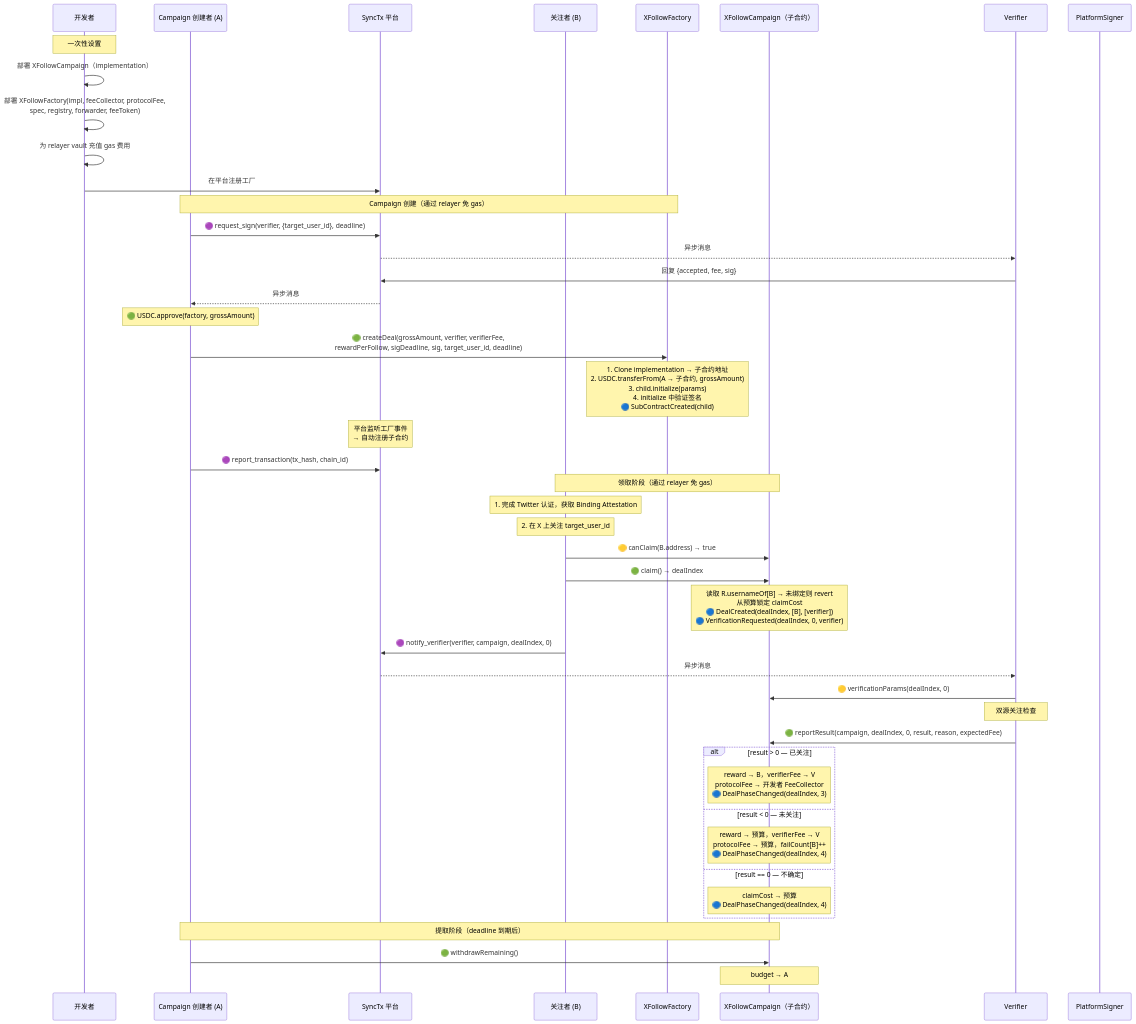
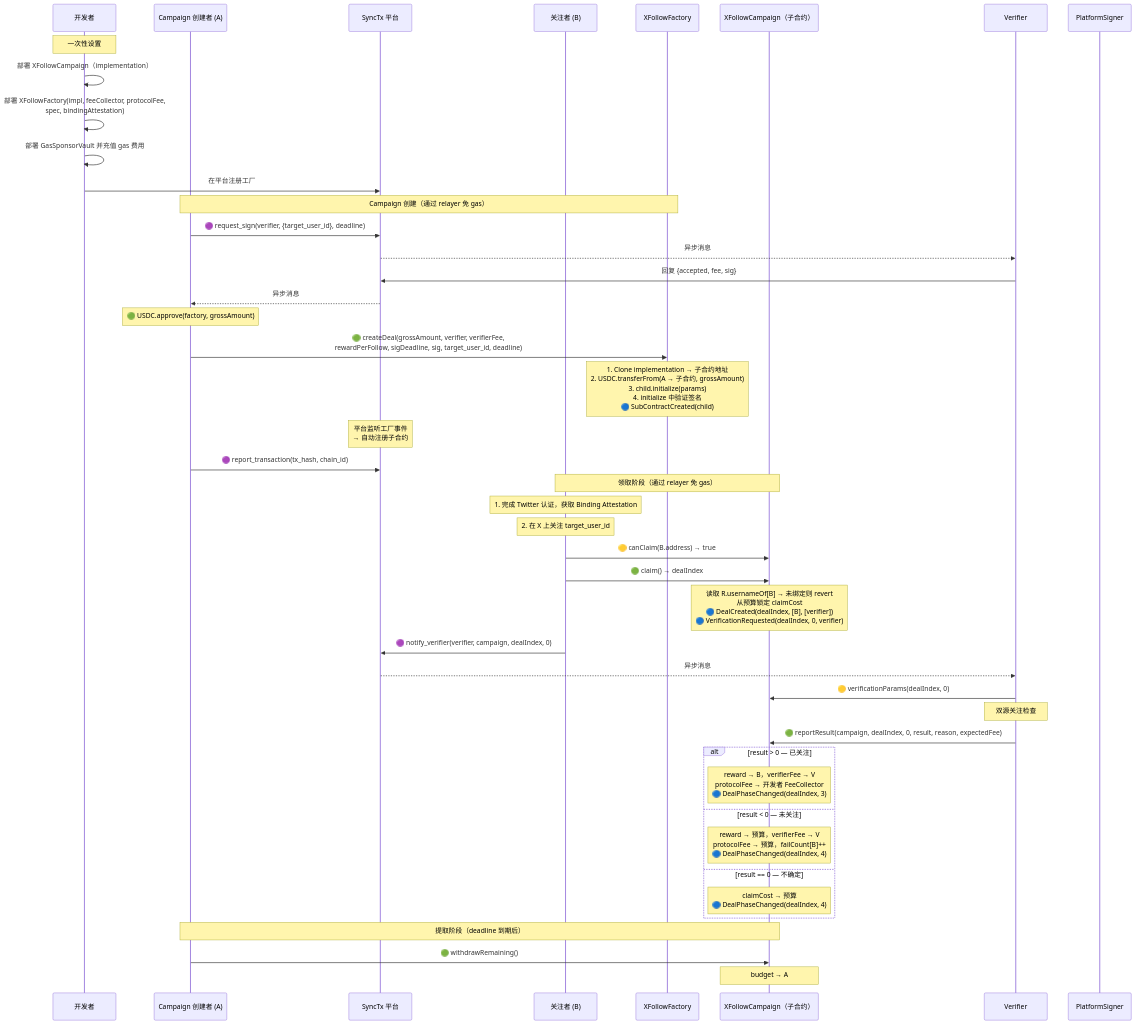
One commit to synctxai/synctx changed the first of 2 diagrams in examples/x-follow/x-follow-design-zh.md. Above: the diagram before and after it, drawn with Mermaid. The commit also changed other lines of this file and 2 other files, not shown here.

First line of the commit message:
Update x-follow design docs and wallet SKILL to reflect BySig gasless architecture

````diff
--- a/examples/x-follow/x-follow-design-zh.md
+++ b/examples/x-follow/x-follow-design-zh.md
@@ -220,58 +218,58 @@
 ```mermaid
 sequenceDiagram
     participant Dev as 开发者
     participant A as Campaign 创建者 (A)
     participant P as SyncTx 平台
     participant B as 关注者 (B)
     participant Fac as XFollowFactory
     participant C as XFollowCampaign（子合约）
     participant V as Verifier
     participant PS as PlatformSigner
 
     Note over Dev: 一次性设置
     Dev->>Dev: 部署 XFollowCampaign（implementation）
-    Dev->>Dev: 部署 XFollowFactory(impl, feeCollector, protocolFee,<br/>spec, registry, forwarder, feeToken)
-    Dev->>Dev: 为 relayer vault 充值 gas 费用
+    Dev->>Dev: 部署 XFollowFactory(impl, feeCollector, protocolFee,<br/>spec, bindingAttestation)
+    Dev->>Dev: 部署 GasSponsorVault 并充值 gas 费用
     Dev->>P: 在平台注册工厂
 
     Note over A,Fac: Campaign 创建（通过 relayer 免 gas）
 
     A->>P: 🟣 request_sign(verifier, {target_user_id}, deadline)
     P-->>V: 异步消息
     V->>P: 回复 {accepted, fee, sig}
     P-->>A: 异步消息
 
     Note over A: 🟢 USDC.approve(factory, grossAmount)
     A->>Fac: 🟢 createDeal(grossAmount, verifier, verifierFee,<br/>rewardPerFollow, sigDeadline, sig, target_user_id, deadline)
     Note over Fac: 1. Clone implementation → 子合约地址<br/>2. USDC.transferFrom(A → 子合约, grossAmount)<br/>3. child.initialize(params)<br/>4. initialize 中验证签名<br/>🔵 SubContractCreated(child)
     Note over P: 平台监听工厂事件<br/>→ 自动注册子合约
     A->>P: 🟣 report_transaction(tx_hash, chain_id)
 
     Note over B,C: 领取阶段（通过 relayer 免 gas）
 
     Note over B: 1. 完成 Twitter 认证，获取 Binding Attestation
     Note over B: 2. 在 X 上关注 target_user_id
     B->>C: 🟡 canClaim(B.address) → true
     B->>C: 🟢 claim() → dealIndex
     Note over C: 读取 R.usernameOf[B] → 未绑定则 revert<br/>从预算锁定 claimCost<br/>🔵 DealCreated(dealIndex, [B], [verifier])<br/>🔵 VerificationRequested(dealIndex, 0, verifier)
     B->>P: 🟣 notify_verifier(verifier, campaign, dealIndex, 0)
     P-->>V: 异步消息
 
     V->>C: 🟡 verificationParams(dealIndex, 0)
     Note over V: 双源关注检查
 
     V->>C: 🟢 reportResult(campaign, dealIndex, 0, result, reason, expectedFee)
 
     alt result > 0 — 已关注
         Note over C: reward → B，verifierFee → V<br/>protocolFee → 开发者 FeeCollector<br/>🔵 DealPhaseChanged(dealIndex, 3)
     else result < 0 — 未关注
         Note over C: reward → 预算，verifierFee → V<br/>protocolFee → 预算，failCount[B]++<br/>🔵 DealPhaseChanged(dealIndex, 4)
     else result == 0 — 不确定
         Note over C: claimCost → 预算<br/>🔵 DealPhaseChanged(dealIndex, 4)
     end
 
     Note over A,C: 提取阶段（deadline 到期后）
 
     A->>C: 🟢 withdrawRemaining()
     Note over C: budget → A
 ```
````
